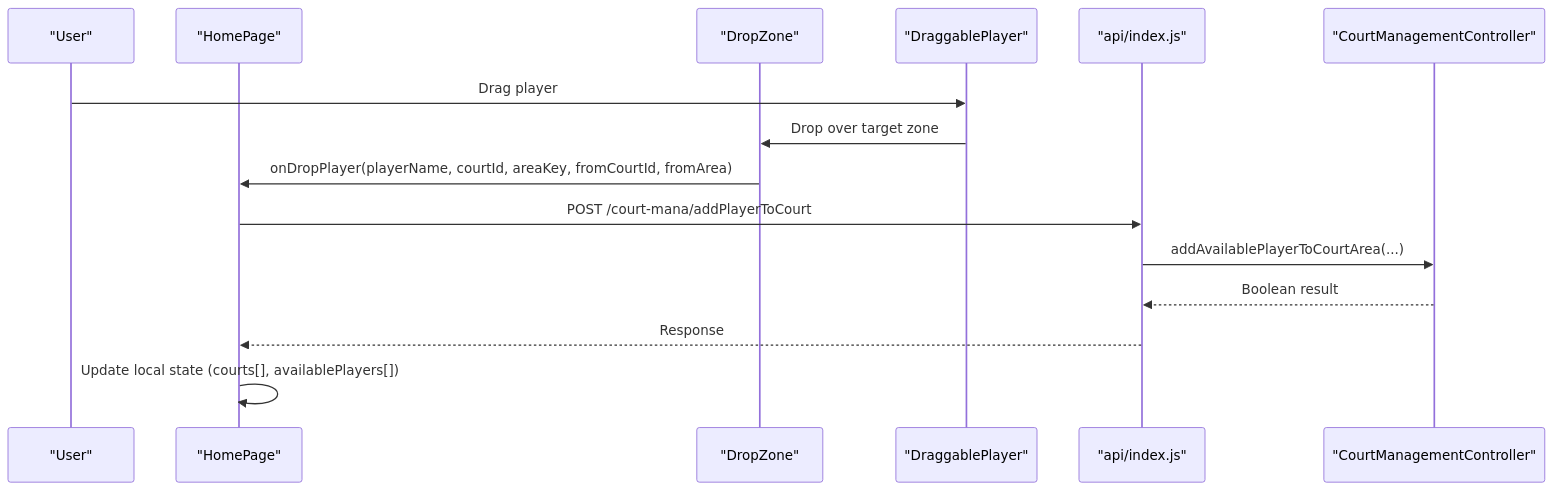
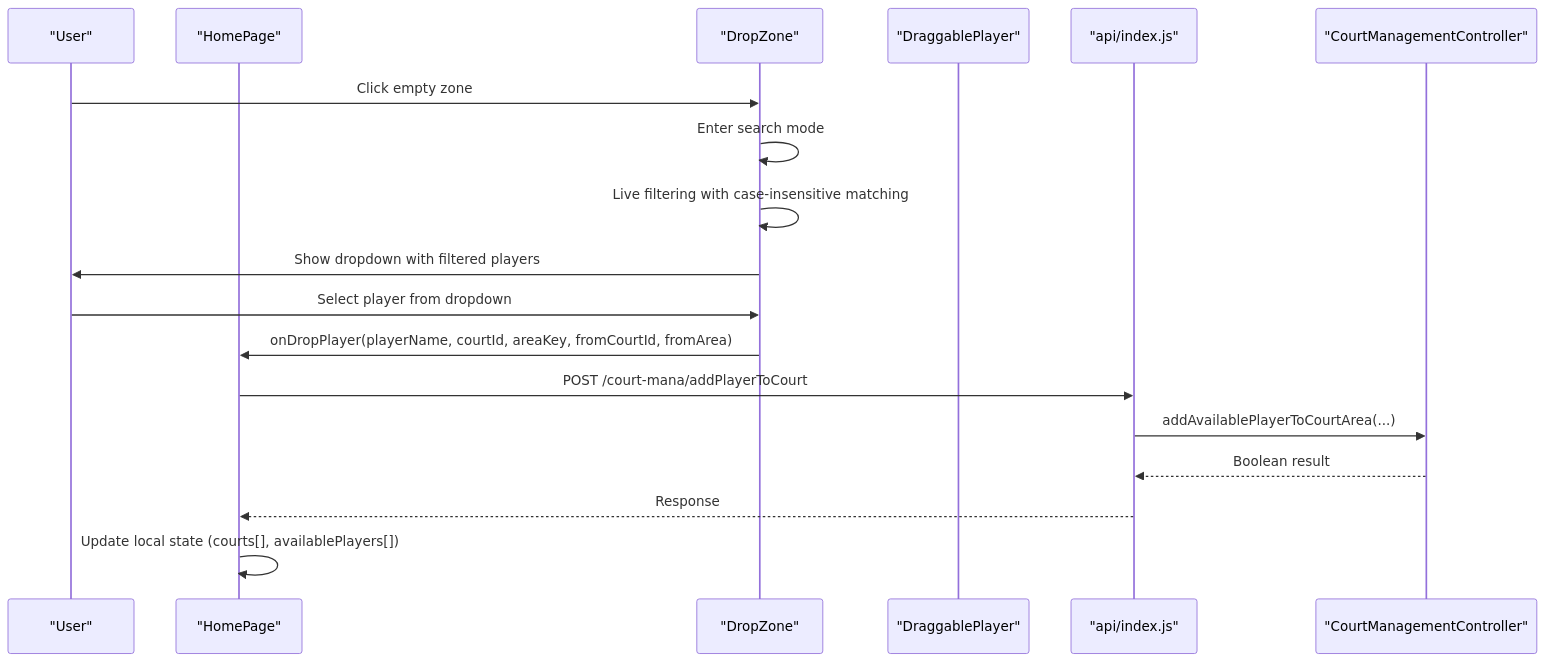
One commit to Vissel/badminton-court-management changed the second of 12 diagrams in .qoder/repowiki/en/content/Court Management Interface.md. Above: the diagram before and after it, drawn with Mermaid. The commit also changed other lines of this file and 36 other files, not shown here.

````diff
--- a/.qoder/repowiki/en/content/Court Management Interface.md
+++ b/.qoder/repowiki/en/content/Court Management Interface.md
@@ -98,17 +109,20 @@
 ```mermaid
 sequenceDiagram
 participant U as "User"
 participant HP as "HomePage"
 participant DZ as "DropZone"
 participant DRP as "DraggablePlayer"
 participant API as "api/index.js"
 participant BE as "CourtManagementController"
-U->>DRP : Drag player
-DRP->>DZ : Drop over target zone
+U->>DZ : Click empty zone
+DZ->>DZ : Enter search mode
+DZ->>DZ : Live filtering with case-insensitive matching
+DZ->>U : Show dropdown with filtered players
+U->>DZ : Select player from dropdown
 DZ->>HP : onDropPlayer(playerName, courtId, areaKey, fromCourtId, fromArea)
 HP->>API : POST /court-mana/addPlayerToCourt
 API->>BE : addAvailablePlayerToCourtArea(...)
 BE-->>API : Boolean result
 API-->>HP : Response
 HP->>HP : Update local state (courts[], availablePlayers[])
 ```
````
